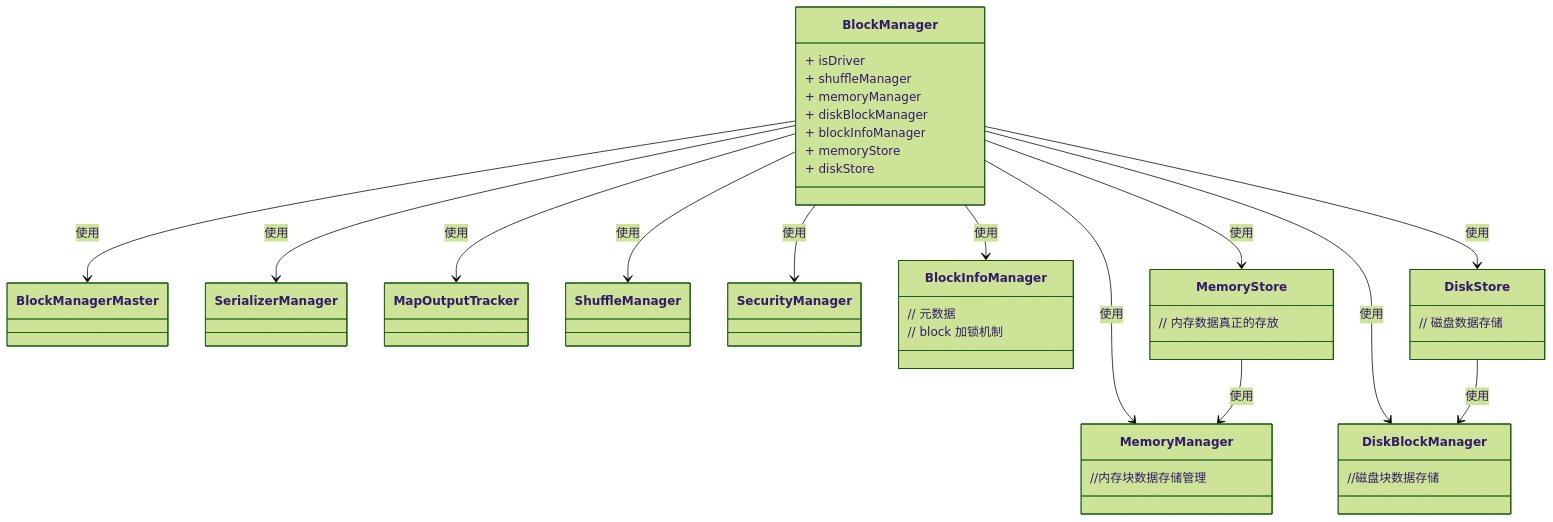
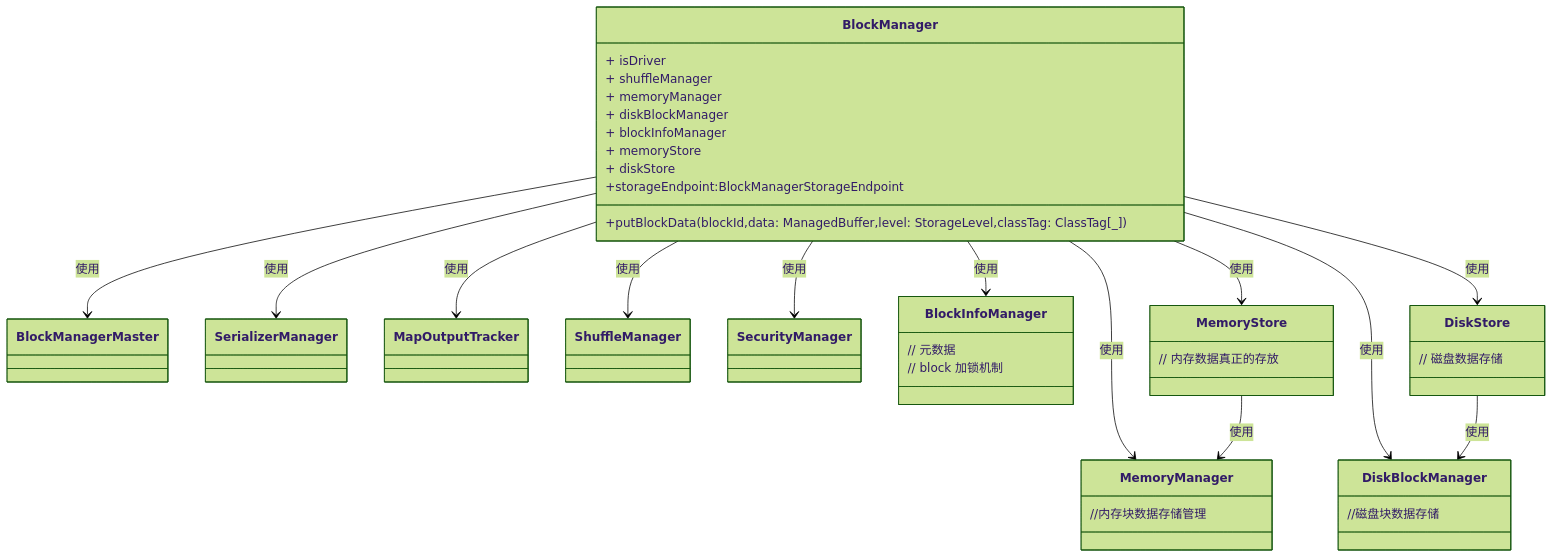
Before and after one commit to zizdlp/spark-core-source-analysis: the diagram in storage/Overview.md, drawn with Mermaid (forest theme). The commit also changed 1 other file, not shown here.

````diff
--- a/storage/Overview.md
+++ b/storage/Overview.md
@@ -5,63 +5,66 @@
 ```mermaid
 classDiagram
     class BlockManager {
         + isDriver
         + shuffleManager
         + memoryManager
         + diskBlockManager
         + blockInfoManager
         + memoryStore
         + diskStore
+
+        +storageEndpoint:BlockManagerStorageEndpoint
+        +putBlockData(blockId,data: ManagedBuffer,level: StorageLevel,classTag: ClassTag[_])
 
     }
     BlockManager --> BlockManagerMaster : 使用
     BlockManager --> SerializerManager : 使用
     BlockManager --> MemoryManager : 使用
     BlockManager --> MapOutputTracker : 使用
     BlockManager --> ShuffleManager : 使用
     BlockManager --> SecurityManager : 使用
     BlockManager --> BlockInfoManager : 使用
     BlockManager --> DiskBlockManager : 使用
     BlockManager --> MemoryStore : 使用
     BlockManager --> DiskStore : 使用
 
     DiskStore --> DiskBlockManager:使用
     MemoryStore --> MemoryManager :使用
     class BlockManagerMaster{
 
     }
     class SerializerManager {
 
     }
     
     class  MemoryManager {
         //内存块数据存储管理
     }
     class DiskBlockManager {
         //磁盘块数据存储
     }
 
     class MapOutputTracker {
 
     }
 
     class ShuffleManager {
 
     }
     class SecurityManager {
 
     }
 
     class BlockInfoManager {
         // 元数据
         // block 加锁机制
     }
     class MemoryStore {
         // 内存数据真正的存放
     }
     class DiskStore {
         // 磁盘数据存储
     }
 
     
 ```
````
